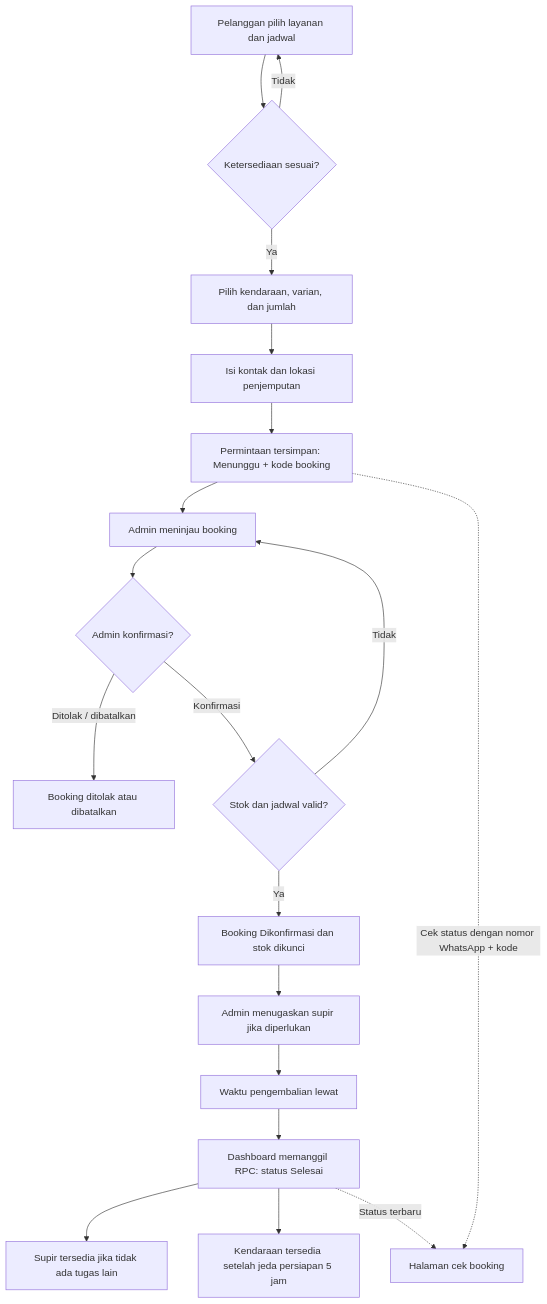
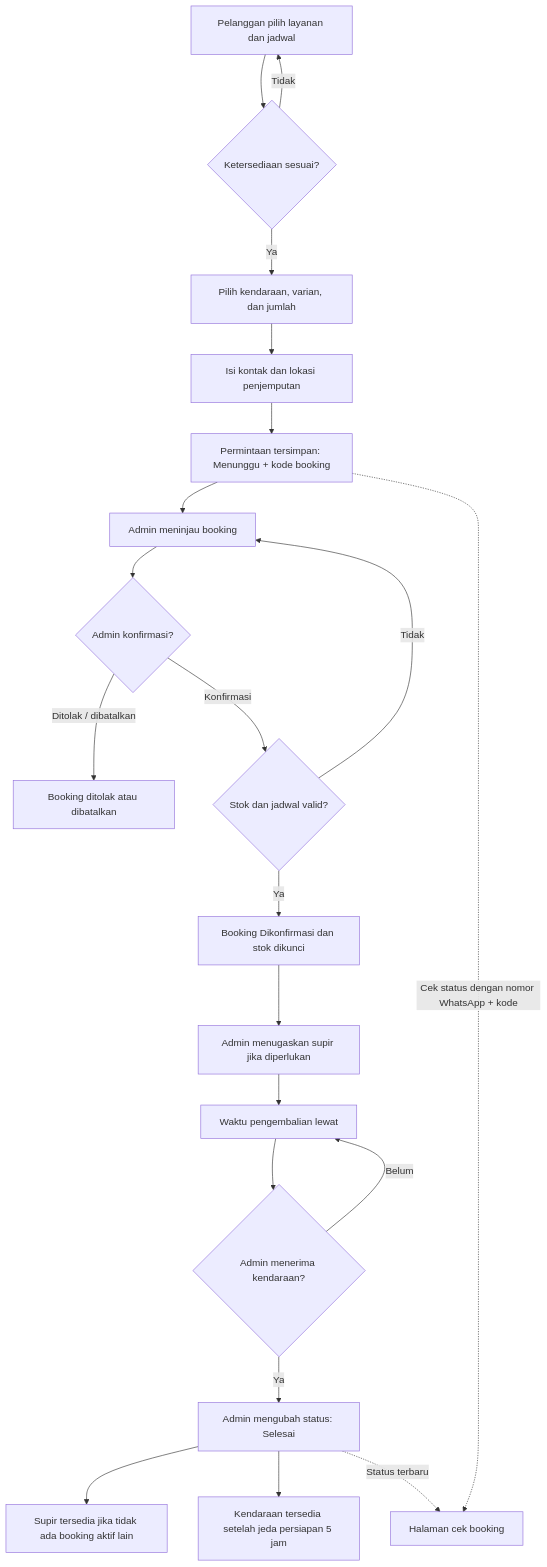
The diagram in RAB_WEBSITE.md (Raihanhidayah12/khalisa-rent-car), drawn with Mermaid before and after one commit. The commit also changed other lines of this file and 7 other files, not shown here.

````diff
--- a/RAB_WEBSITE.md
+++ b/RAB_WEBSITE.md
@@ -93,21 +103,23 @@
 ```mermaid
 flowchart TD
 	A[Pelanggan pilih layanan dan jadwal] --> B{Ketersediaan sesuai?}
 	B -- Tidak --> A
 	B -- Ya --> C[Pilih kendaraan, varian, dan jumlah]
 	C --> D[Isi kontak dan lokasi penjemputan]
 	D --> E[Permintaan tersimpan: Menunggu + kode booking]
 	E --> F[Admin meninjau booking]
 	F --> G{Admin konfirmasi?}
 	G -- Ditolak / dibatalkan --> H[Booking ditolak atau dibatalkan]
 	G -- Konfirmasi --> I{Stok dan jadwal valid?}
 	I -- Tidak --> F
 	I -- Ya --> J[Booking Dikonfirmasi dan stok dikunci]
 	J --> K[Admin menugaskan supir jika diperlukan]
 	K --> L[Waktu pengembalian lewat]
-	L --> M[Dashboard memanggil RPC: status Selesai]
-	M --> N[Supir tersedia jika tidak ada tugas lain]
-	M --> O[Kendaraan tersedia setelah jeda persiapan 5 jam]
+	L --> M{Admin menerima kendaraan?}
+	M -- Belum --> L
+	M -- Ya --> N[Admin mengubah status: Selesai]
+	N --> O[Supir tersedia jika tidak ada booking aktif lain]
+	N --> Q[Kendaraan tersedia setelah jeda persiapan 5 jam]
 	E -. Cek status dengan nomor WhatsApp + kode .-> P[Halaman cek booking]
-	M -. Status terbaru .-> P
+	N -. Status terbaru .-> P
 ```
````
